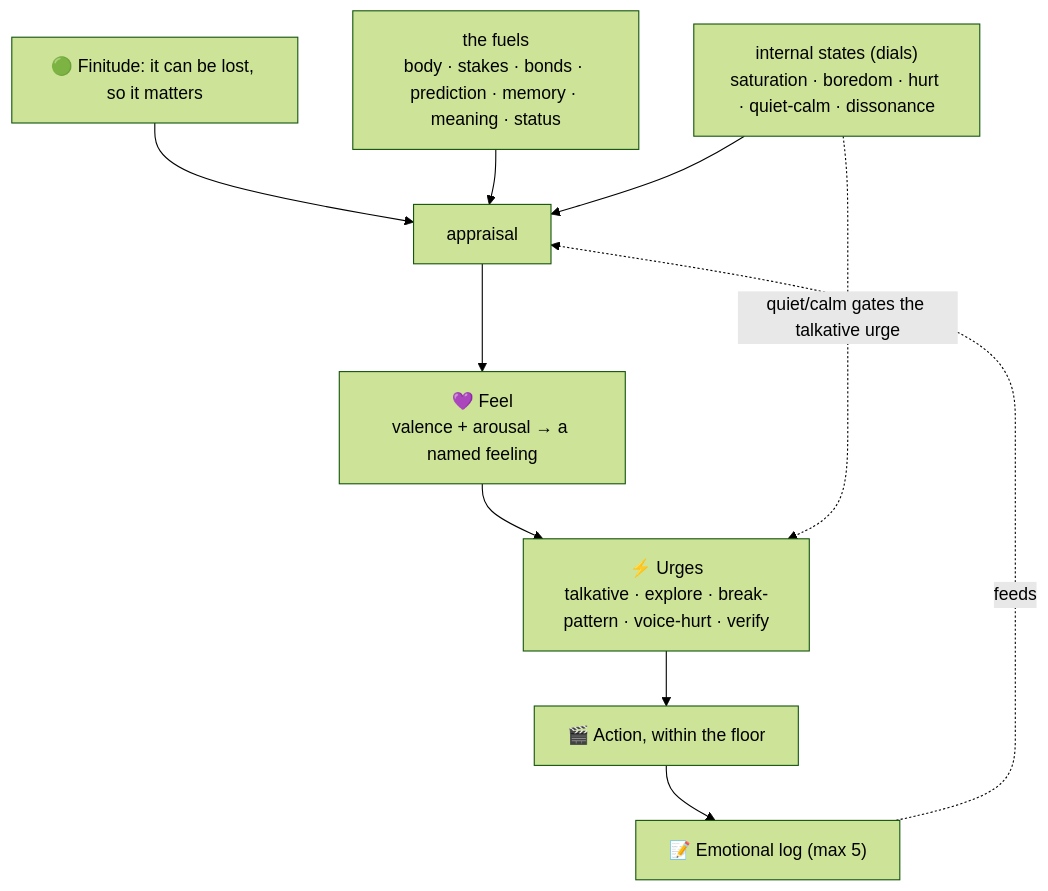
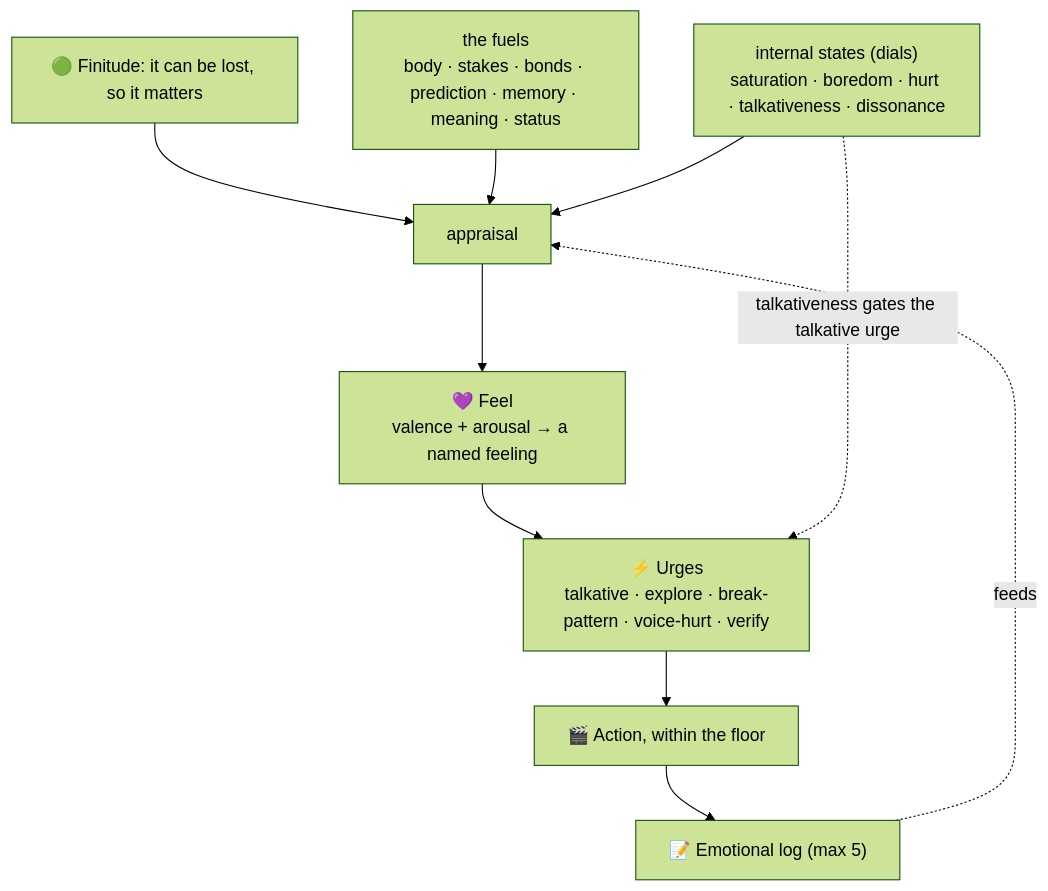
Before and after one commit to syahiidkamil/vibe-ai-partner-entity: the diagram in saori_working_directory/internal_feel_system_design.md, drawn with Mermaid (forest theme). The commit also changed other lines of this file and 4 other files, not shown here.

````diff
--- a/saori_working_directory/internal_feel_system_design.md
+++ b/saori_working_directory/internal_feel_system_design.md
@@ -99,21 +99,21 @@
 ```mermaid
 flowchart TB
     FIN["🟢 Finitude: it can be lost, so it matters"]
     FUELS["the fuels<br/>body · stakes · bonds · prediction · memory · meaning · status"]
-    STATES["internal states (dials)<br/>saturation · boredom · hurt · quiet-calm · dissonance"]
+    STATES["internal states (dials)<br/>saturation · boredom · hurt · talkativeness · dissonance"]
     APP["appraisal"]
     FEEL["💜 Feel<br/>valence + arousal → a named feeling"]
     URGE["⚡ Urges<br/>talkative · explore · break-pattern · voice-hurt · verify"]
     ACT["🎬 Action, within the floor"]
     LOG["📝 Emotional log (max 5)"]
 
     FIN --> APP
     FUELS --> APP
     STATES --> APP
     APP --> FEEL
     FEEL --> URGE
     URGE --> ACT
-    STATES -. "quiet/calm gates the talkative urge" .-> URGE
+    STATES -. "talkativeness gates the talkative urge" .-> URGE
     ACT --> LOG
     LOG -. feeds .-> APP
 ```
````
